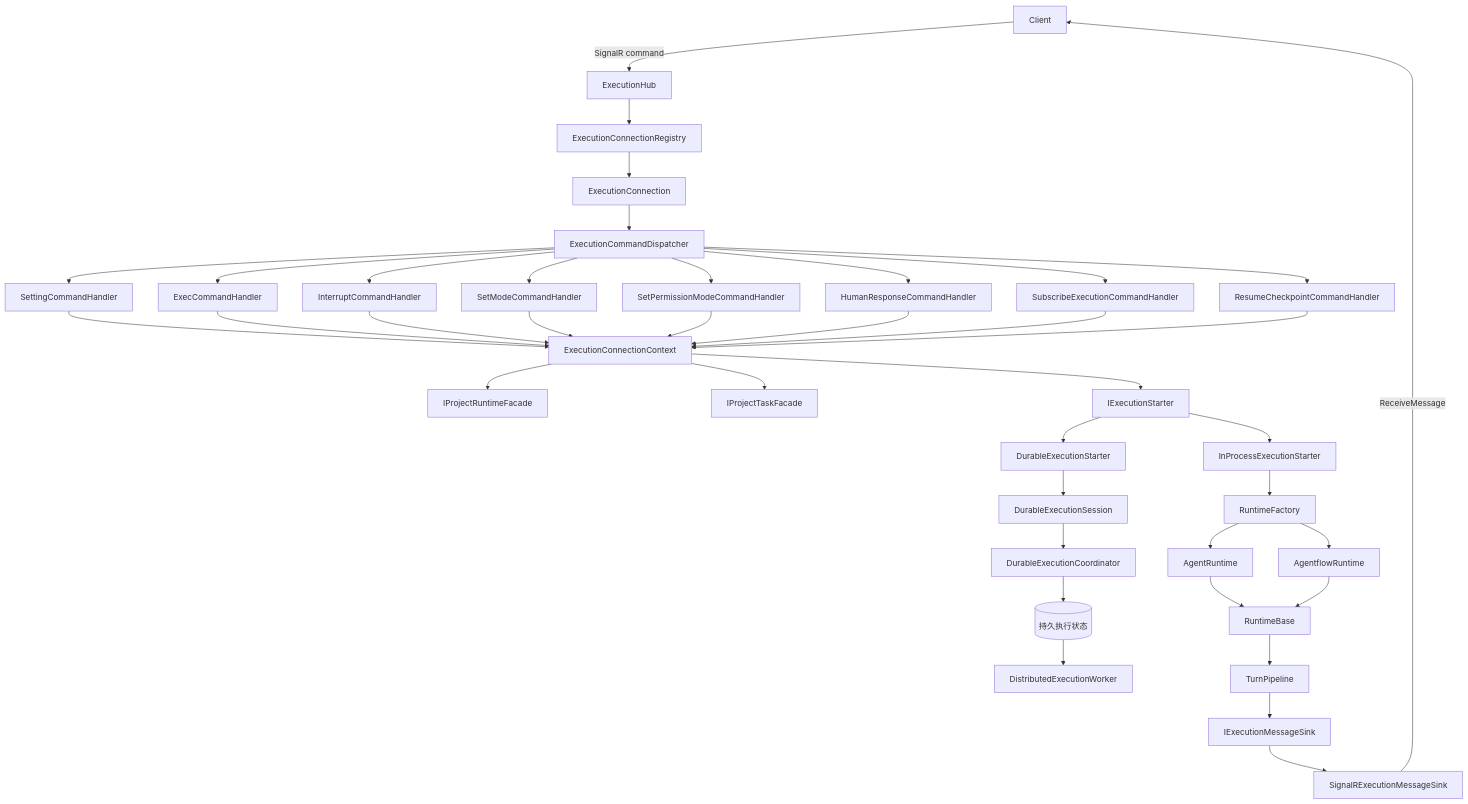
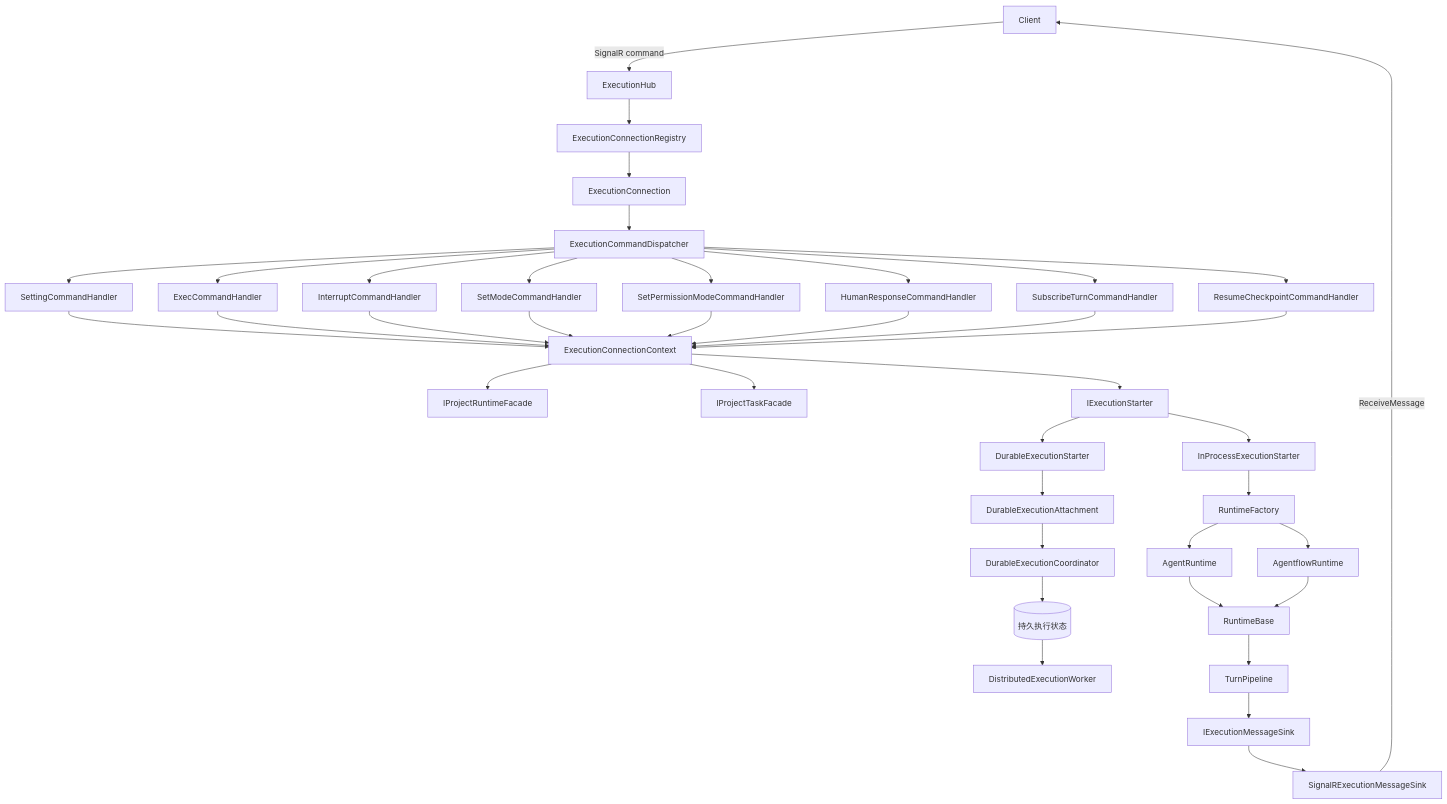
Before and after one commit to zxyao145/agw: the first of 7 diagrams in src/server/Agw.Agents.Execution/README.md, drawn with Mermaid. The commit also changed other lines of this file and 123 other files, not shown here.

First line of the commit message:
feat(execution): use turnId throughout turn handling

````diff
--- a/src/server/Agw.Agents.Execution/README.md
+++ b/src/server/Agw.Agents.Execution/README.md
@@ -308,43 +308,43 @@
 ```mermaid
 flowchart TB
     Client["Client"] -->|"SignalR command"| Hub["ExecutionHub"]
     Hub --> Registry["ExecutionConnectionRegistry"]
     Registry --> Connection["ExecutionConnection"]
     Connection --> Dispatcher["ExecutionCommandDispatcher"]
 
     Dispatcher --> Setting["SettingCommandHandler"]
     Dispatcher --> Exec["ExecCommandHandler"]
     Dispatcher --> Interrupt["InterruptCommandHandler"]
     Dispatcher --> Mode["SetModeCommandHandler"]
     Dispatcher --> Permission["SetPermissionModeCommandHandler"]
     Dispatcher --> Human["HumanResponseCommandHandler"]
-    Dispatcher --> Subscribe["SubscribeExecutionCommandHandler"]
+    Dispatcher --> Subscribe["SubscribeTurnCommandHandler"]
     Dispatcher --> Checkpoint["ResumeCheckpointCommandHandler"]
 
     Setting --> Context["ExecutionConnectionContext"]
     Exec --> Context
     Interrupt --> Context
     Mode --> Context
     Permission --> Context
     Human --> Context
     Subscribe --> Context
     Checkpoint --> Context
     Context --> ProjectService["IProjectRuntimeFacade"]
     Context --> TaskService["IProjectTaskFacade"]
     Context --> Starter["IExecutionStarter"]
     Starter --> InProcessStarter["InProcessExecutionStarter"]
     InProcessStarter --> Factory["RuntimeFactory"]
     Starter --> DurableStarter["DurableExecutionStarter"]
-    DurableStarter --> Session["DurableExecutionSession"]
+    DurableStarter --> Session["DurableExecutionAttachment"]
     Session --> Coordinator["DurableExecutionCoordinator"]
     Coordinator --> State[("持久执行状态")]
     State --> Worker["DistributedExecutionWorker"]
     Factory --> AgentRuntime["AgentRuntime"]
     Factory --> AgentflowRuntime["AgentflowRuntime"]
     AgentRuntime --> RuntimeBase["RuntimeBase"]
     AgentflowRuntime --> RuntimeBase
     RuntimeBase --> TurnPipeline["TurnPipeline"]
     TurnPipeline --> Sink["IExecutionMessageSink"]
     Sink --> SignalRSink["SignalRExecutionMessageSink"]
     SignalRSink -->|"ReceiveMessage"| Client
 ```
````
